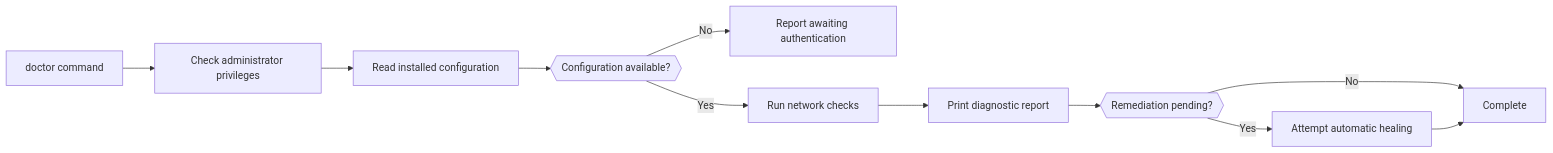
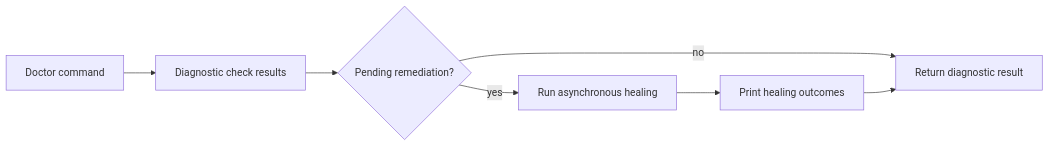
Before and after one commit to flamingo-stack/openframe-oss-tenant: the second of 3 diagrams in docs/reference/architecture/openframe-client-core/cli-entrypoint/cli-entrypoint.md, drawn with Mermaid. The commit also changed other lines of this file and 2377 other files, not shown here.

````diff
--- a/docs/reference/architecture/openframe-client-core/cli-entrypoint/cli-entrypoint.md
+++ b/docs/reference/architecture/openframe-client-core/cli-entrypoint/cli-entrypoint.md
@@ -89,13 +77,9 @@
 ```mermaid
 flowchart LR
-    DoctorCommand["doctor command"] --> Privileges["Check administrator privileges"]
-    Privileges --> Config["Read installed configuration"]
-    Config --> Decision{{"Configuration available?"}}
-    Decision -->|"No"| Awaiting["Report awaiting authentication"]
-    Decision -->|"Yes"| Network["Run network checks"]
-    Network --> Report["Print diagnostic report"]
-    Report --> Pending{{"Remediation pending?"}}
-    Pending -->|"Yes"| Heal["Attempt automatic healing"]
-    Pending -->|"No"| Complete["Complete"]
-    Heal --> Complete
+    Doctor["Doctor command"] --> Checks["Diagnostic check results"]
+    Checks --> Pending{"Pending remediation?"}
+    Pending -->|"no"| Complete["Return diagnostic result"]
+    Pending -->|"yes"| Heal["Run asynchronous healing"]
+    Heal --> Report["Print healing outcomes"]
+    Report --> Complete
 ```
````
